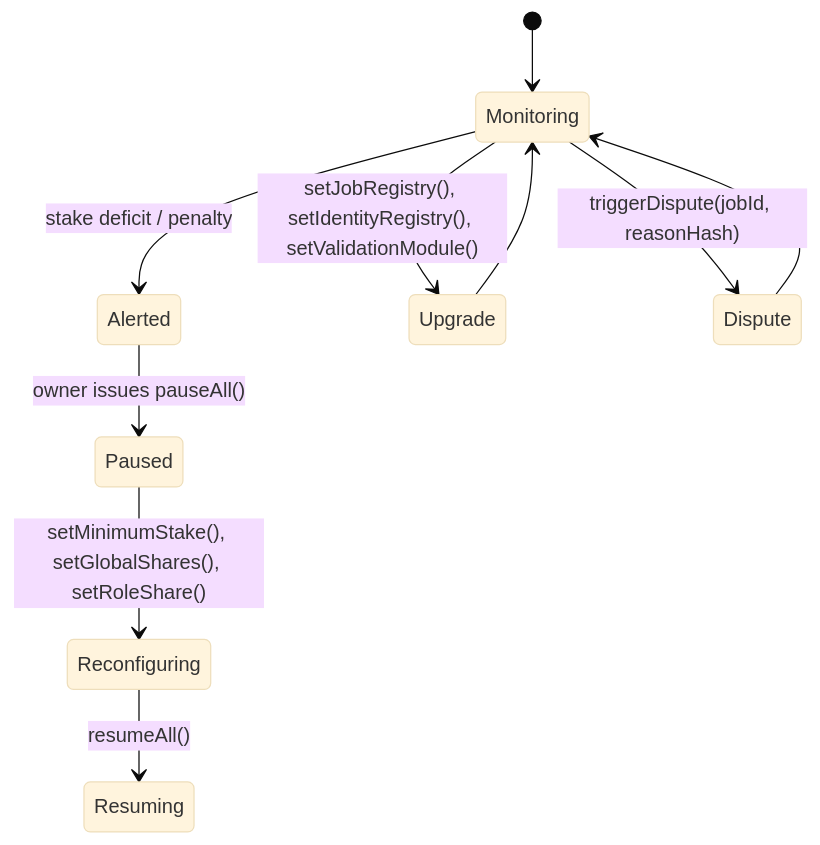
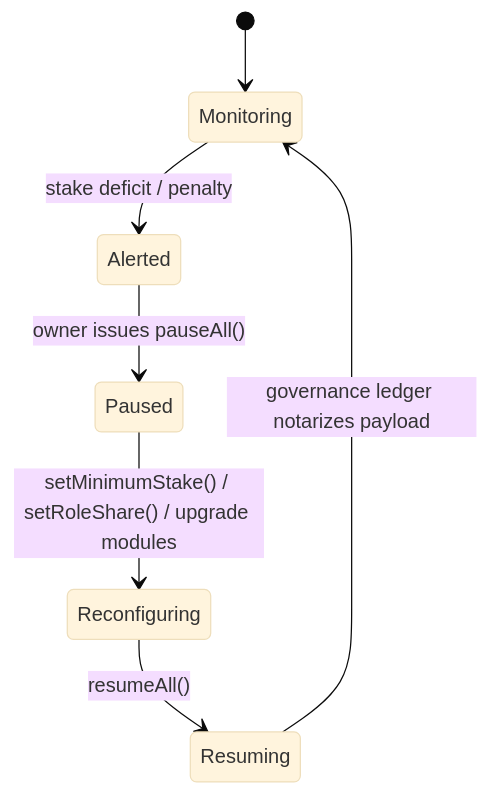
The third of 4 diagrams in README.md (MontrealAI/AGI-Alpha-Node-v0), drawn with Mermaid (base theme) before and after one commit. The commit also changed other lines of this file, not shown here.

````diff
--- a/README.md
+++ b/README.md
@@ -154,12 +161,9 @@
 ```mermaid
 stateDiagram-v2
   [*] --> Monitoring
   Monitoring --> Alerted : stake deficit / penalty
   Alerted --> Paused : owner issues pauseAll()
-  Paused --> Reconfiguring : setMinimumStake(), setGlobalShares(), setRoleShare()
+  Paused --> Reconfiguring : setMinimumStake() / setRoleShare() / upgrade modules
   Reconfiguring --> Resuming : resumeAll()
-  Monitoring --> Upgrade : setJobRegistry(), setIdentityRegistry(), setValidationModule()
-  Upgrade --> Monitoring
-  Monitoring --> Dispute : triggerDispute(jobId, reasonHash)
-  Dispute --> Monitoring
+  Resuming --> Monitoring : governance ledger notarizes payload
 ```
````
